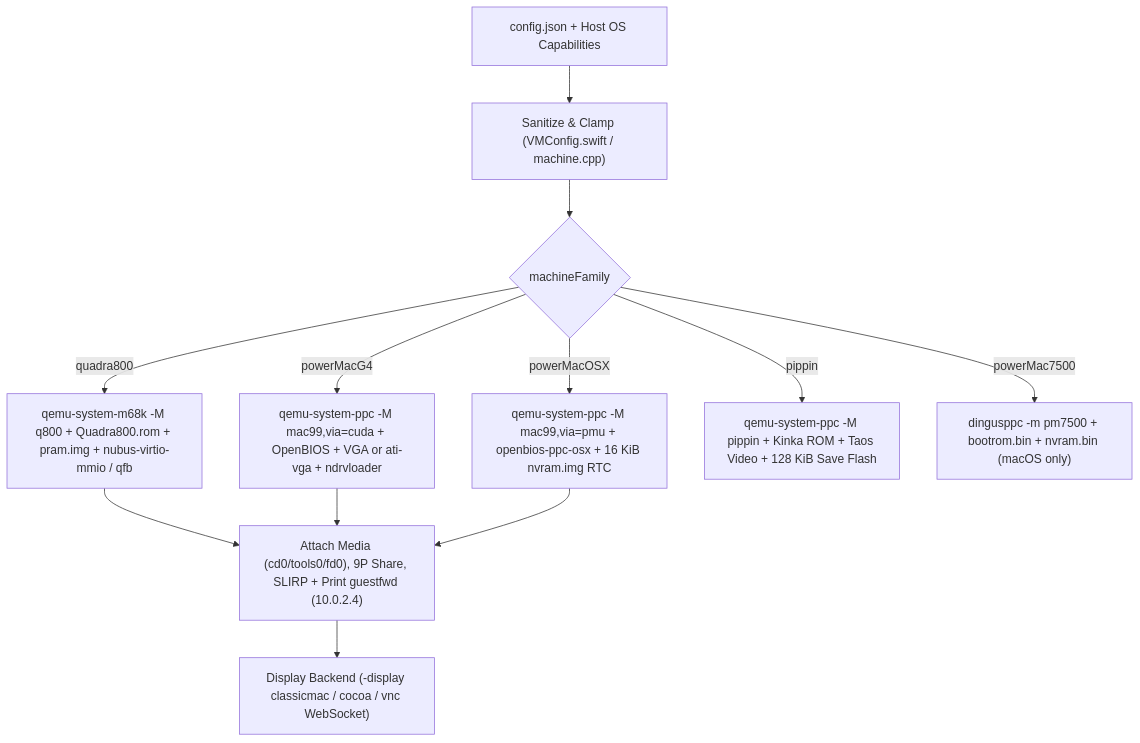
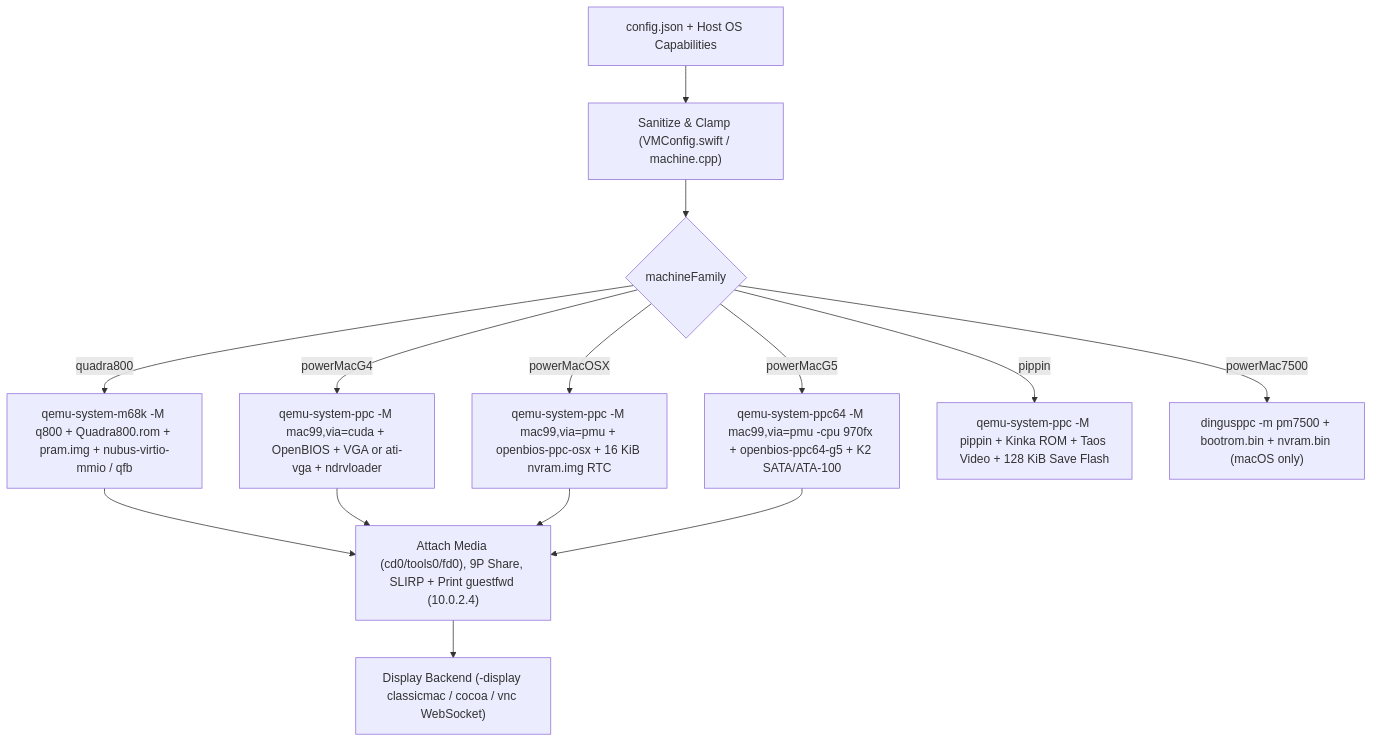
One commit to amcchord/ClassicMac changed the diagram in docs/manual/12-configuration-and-cli-reference.md. Above: the diagram before and after it, drawn with Mermaid. The commit also changed other lines of this file and 72 other files, not shown here.

Commit message:
ClassicMac 5.1.0: Power Mac G5 support

````diff
--- a/docs/manual/12-configuration-and-cli-reference.md
+++ b/docs/manual/12-configuration-and-cli-reference.md
@@ -9,14 +9,16 @@
 ```mermaid
 flowchart TD
     CFG["config.json + Host OS Capabilities"] --> SAN["Sanitize & Clamp (VMConfig.swift / machine.cpp)"]
     SAN --> FAM{"machineFamily"}
     FAM -- "quadra800" --> Q800["qemu-system-m68k -M q800 + Quadra800.rom + pram.img + nubus-virtio-mmio / qfb"]
     FAM -- "powerMacG4" --> PMAC["qemu-system-ppc -M mac99,via=cuda + OpenBIOS + VGA or ati-vga + ndrvloader"]
     FAM -- "powerMacOSX" --> OSX["qemu-system-ppc -M mac99,via=pmu + openbios-ppc-osx + 16 KiB nvram.img RTC"]
+    FAM -- "powerMacG5" --> G5["qemu-system-ppc64 -M mac99,via=pmu -cpu 970fx + openbios-ppc64-g5 + K2 SATA/ATA-100"]
     FAM -- "pippin" --> PIP["qemu-system-ppc -M pippin + Kinka ROM + Taos Video + 128 KiB Save Flash"]
     FAM -- "powerMac7500" --> COP["dingusppc -m pm7500 + bootrom.bin + nvram.bin (macOS only)"]
     Q800 --> IO["Attach Media (cd0/tools0/fd0), 9P Share, SLIRP + Print guestfwd (10.0.2.4)"]
     PMAC --> IO
     OSX --> IO
+    G5 --> IO
     IO --> DISP["Display Backend (-display classicmac / cocoa / vnc WebSocket)"]
 ```
````
